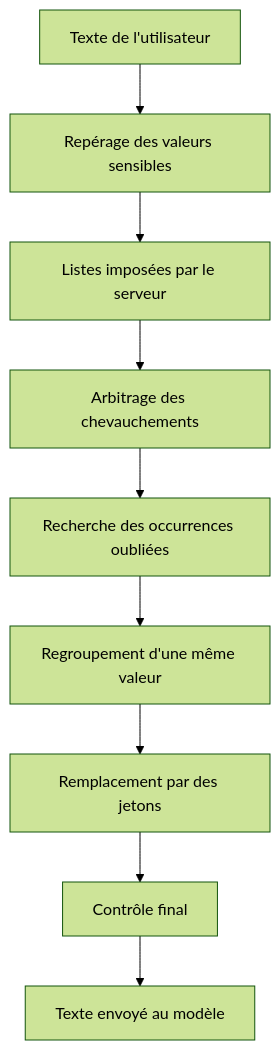
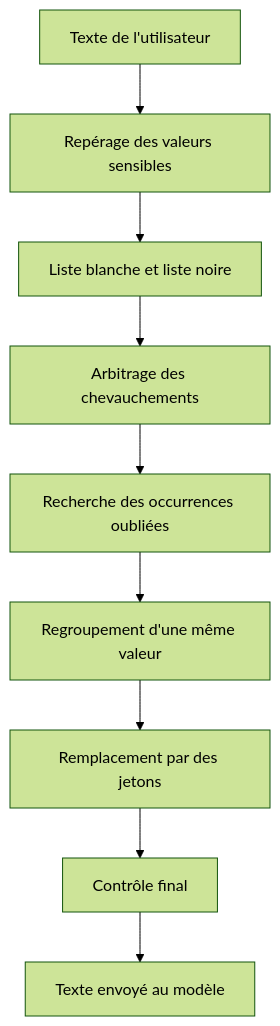
Before and after one commit to Athroniaeth/piighost: the diagram in openwiki/processus/proteger-un-message.md, drawn with Mermaid (forest theme). The commit also changed other lines of this file and 24 other files, not shown here.

````diff
--- a/openwiki/processus/proteger-un-message.md
+++ b/openwiki/processus/proteger-un-message.md
@@ -57,11 +64,11 @@
 ```mermaid
 flowchart TD
     A["Texte de l'utilisateur"] --> B["Repérage des valeurs sensibles"]
-    B --> C["Listes imposées par le serveur"]
+    B --> C["Liste blanche et liste noire"]
     C --> D["Arbitrage des chevauchements"]
     D --> E["Recherche des occurrences oubliées"]
     E --> F["Regroupement d'une même valeur"]
     F --> G["Remplacement par des jetons"]
     G --> H["Contrôle final"]
     H --> I["Texte envoyé au modèle"]
 ```
````
